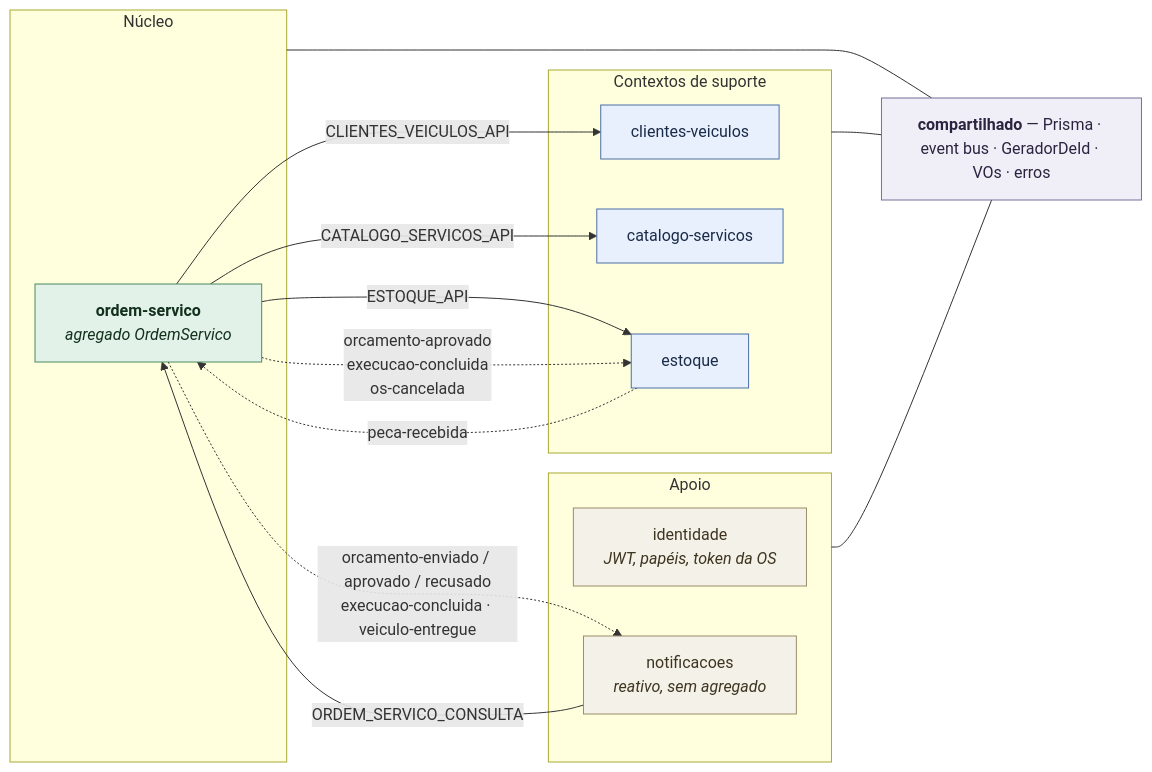
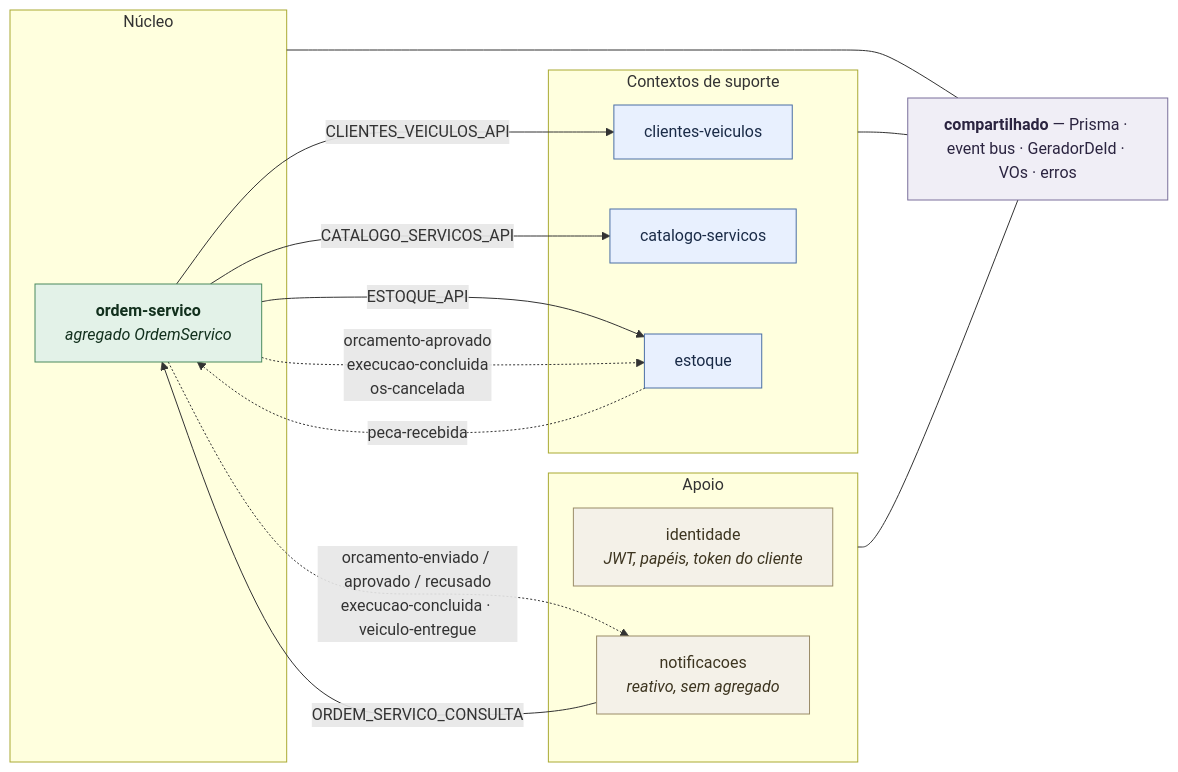
Before and after one commit to madurubini/oficina-app: the first of 5 diagrams in README.md, drawn with Mermaid. The commit also changed other lines of this file and 28 other files, not shown here.

````diff
--- a/README.md
+++ b/README.md
@@ -366,41 +375,41 @@
 ```mermaid
 flowchart LR
     subgraph nucleo["Núcleo"]
         os["<b>ordem-servico</b><br/><i>agregado OrdemServico</i>"]
     end
 
     subgraph suporte["Contextos de suporte"]
         cv["clientes-veiculos"]
         cat["catalogo-servicos"]
         est["estoque"]
     end
 
     subgraph apoio["Apoio"]
-        idt["identidade<br/><i>JWT, papéis, token da OS</i>"]
+        idt["identidade<br/><i>JWT, papéis, token do cliente</i>"]
         notif["notificacoes<br/><i>reativo, sem agregado</i>"]
     end
 
     comp["<b>compartilhado</b> — Prisma · event bus · GeradorDeId · VOs · erros"]
 
     os -->|"CLIENTES_VEICULOS_API"| cv
     os -->|"CATALOGO_SERVICOS_API"| cat
     os -->|"ESTOQUE_API"| est
     notif -->|"ORDEM_SERVICO_CONSULTA"| os
 
     os -.->|"orcamento-aprovado<br/>execucao-concluida<br/>os-cancelada"| est
     os -.->|"orcamento-enviado / aprovado / recusado<br/>execucao-concluida · veiculo-entregue"| notif
     est -.->|"peca-recebida"| os
 
     nucleo --- comp
     suporte --- comp
     apoio --- comp
 
     classDef nucleoC fill:#e3f2e8,stroke:#4a8a5f,color:#12301d
     classDef suporteC fill:#e8f0fe,stroke:#4a6fa5,color:#1a2b47
     classDef apoioC fill:#f4f1e8,stroke:#9a8c68,color:#3d3520
     classDef compC fill:#f0eef6,stroke:#7a6f9b,color:#2b2440
     class os nucleoC
     class cv,cat,est suporteC
     class idt,notif apoioC
     class comp compC
 ```
````
